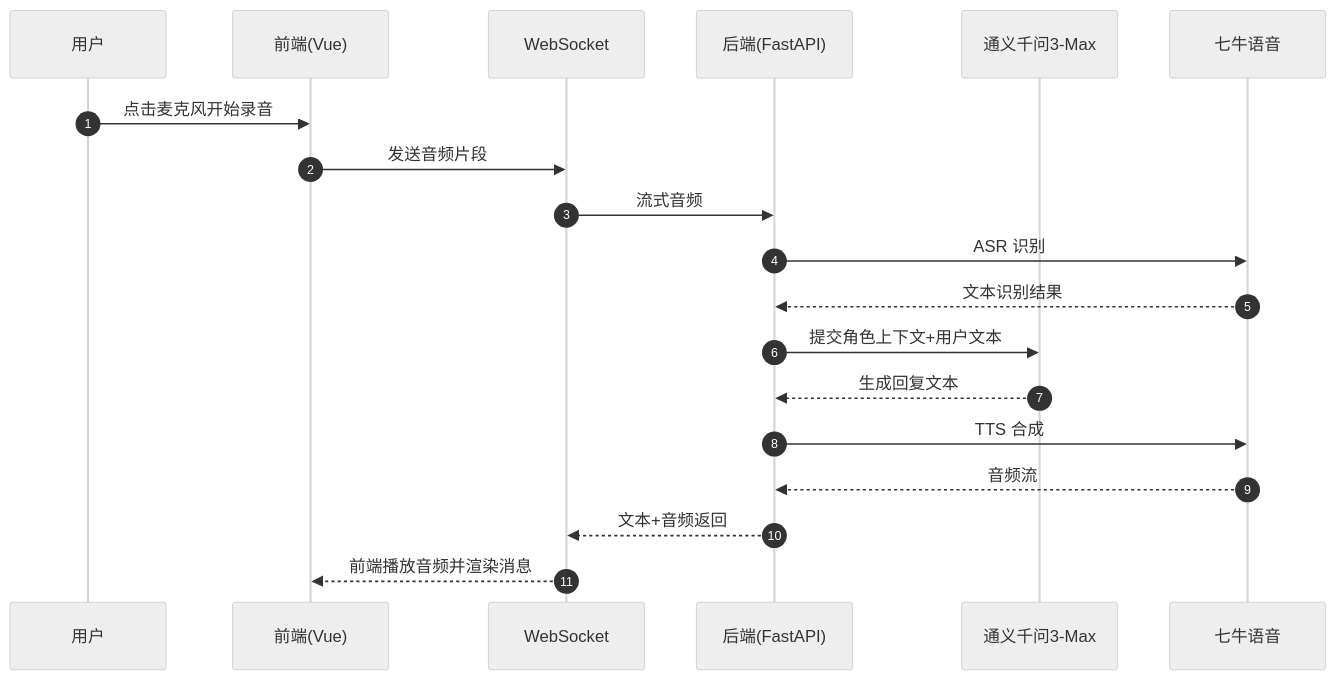
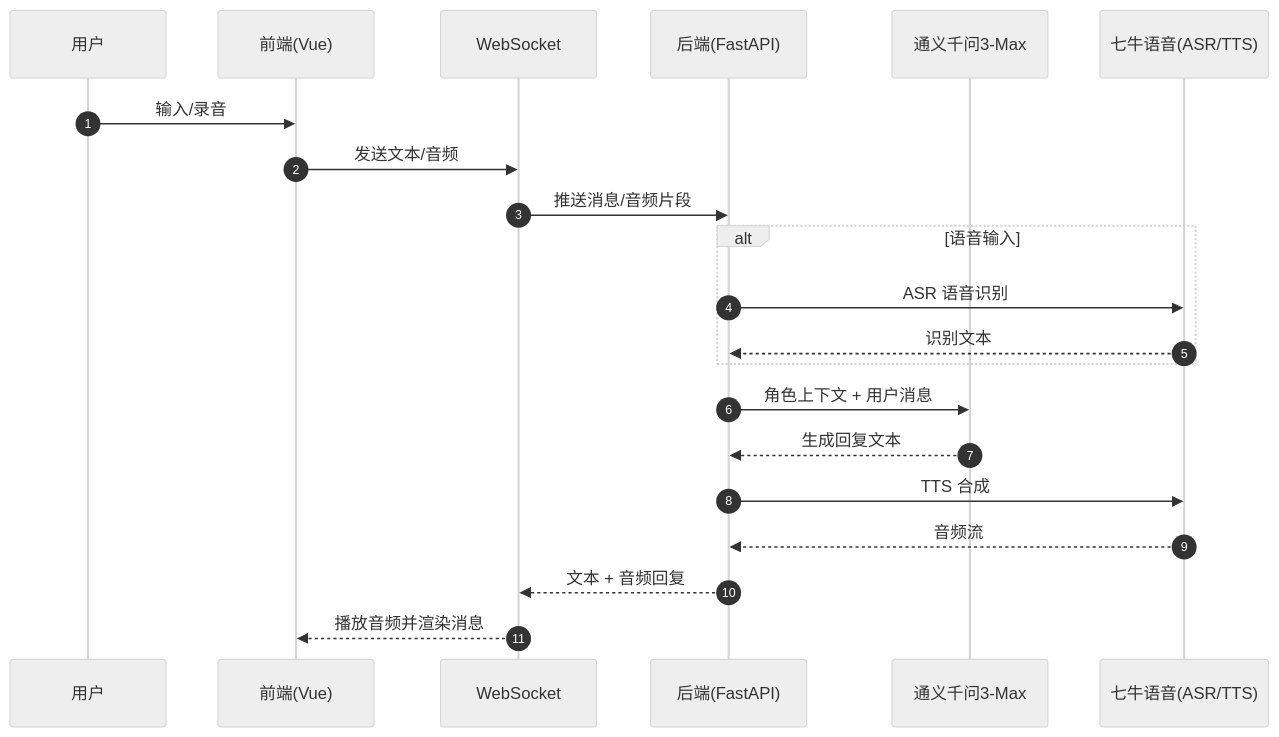
One commit to echo-c-c/-demo changed the second of 4 diagrams in README.md. Above: the diagram before and after it, drawn with Mermaid (neutral theme). The commit also changed other lines of this file, not shown here.

Commit message:
docs: README 增加 Mermaid 可视化（架构、时序、甘特图、用户构成）

````diff
--- a/README.md
+++ b/README.md
@@ -73,22 +54,24 @@
 ```mermaid
 sequenceDiagram
   autonumber
   participant U as 用户
   participant FE as 前端(Vue)
   participant WS as WebSocket
   participant BE as 后端(FastAPI)
   participant LLM as 通义千问3-Max
-  participant V as 七牛语音
+  participant V as 七牛语音(ASR/TTS)
 
-  U->>FE: 点击麦克风开始录音
-  FE->>WS: 发送音频片段
-  WS->>BE: 流式音频
-  BE->>V: ASR 识别
-  V-->>BE: 文本识别结果
-  BE->>LLM: 提交角色上下文+用户文本
+  U->>FE: 输入/录音
+  FE->>WS: 发送文本/音频
+  WS->>BE: 推送消息/音频片段
+  alt 语音输入
+    BE->>V: ASR 语音识别
+    V-->>BE: 识别文本
+  end
+  BE->>LLM: 角色上下文 + 用户消息
   LLM-->>BE: 生成回复文本
   BE->>V: TTS 合成
   V-->>BE: 音频流
-  BE-->>WS: 文本+音频返回
-  WS-->>FE: 前端播放音频并渲染消息
+  BE-->>WS: 文本 + 音频回复
+  WS-->>FE: 播放音频并渲染消息
 ```
````
